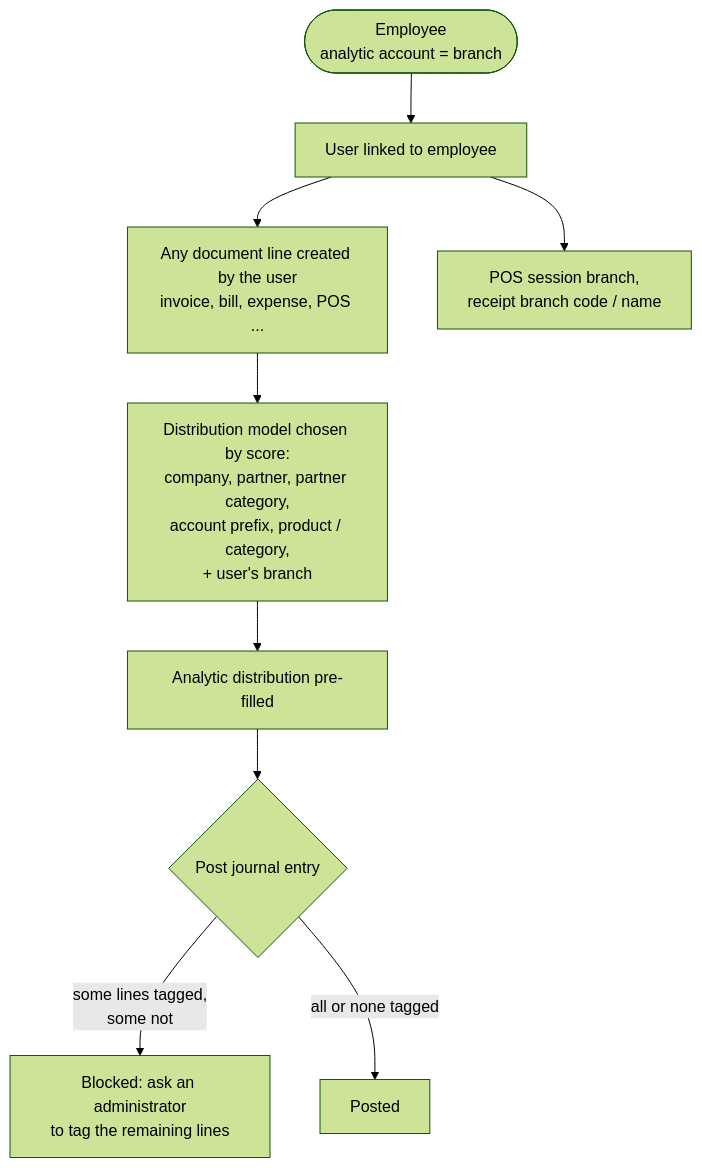
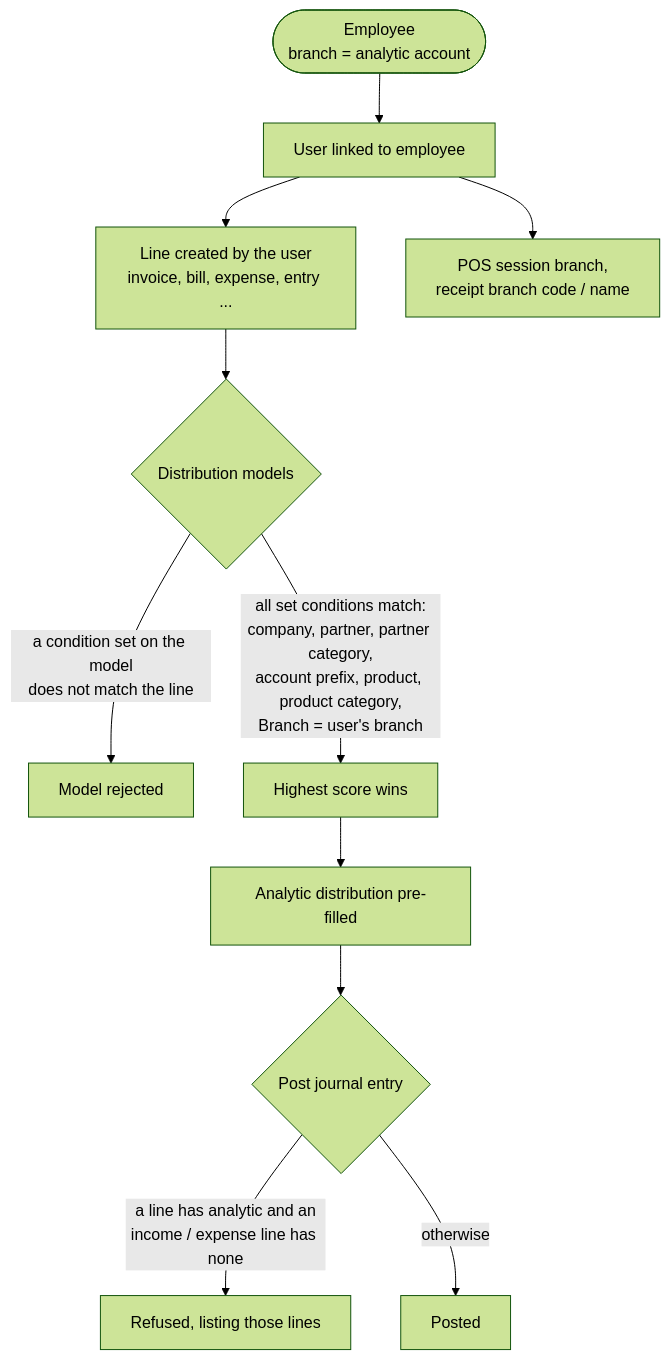
One commit to Saylani-Welfare-Trust/swit-odoo changed the diagram in custom-addons/bn_analytic_account_customization/README.md. Above: the diagram before and after it, drawn with Mermaid (forest theme). The commit also changed other lines of this file and 12 other files, not shown here.

````diff
--- a/custom-addons/bn_analytic_account_customization/README.md
+++ b/custom-addons/bn_analytic_account_customization/README.md
@@ -23,11 +24,13 @@
 ```mermaid
 flowchart TD
-    E([Employee<br/>analytic account = branch]) --> U[User linked to employee]
-    U --> L[Any document line created by the user<br/>invoice, bill, expense, POS ...]
-    L --> M[Distribution model chosen by score:<br/>company, partner, partner category,<br/>account prefix, product / category,<br/>+ user's branch]
-    M --> D[Analytic distribution pre-filled]
+    E([Employee<br/>branch = analytic account]) --> U[User linked to employee]
+    U --> L[Line created by the user<br/>invoice, bill, expense, entry ...]
+    L --> M{Distribution models}
+    M -->|a condition set on the model<br/>does not match the line| R[Model rejected]
+    M -->|all set conditions match:<br/>company, partner, partner category,<br/>account prefix, product, product category,<br/>Branch = user's branch| S[Highest score wins]
+    S --> D[Analytic distribution pre-filled]
     D --> P{Post journal entry}
-    P -->|some lines tagged,<br/>some not| X[Blocked: ask an administrator<br/>to tag the remaining lines]
-    P -->|all or none tagged| OK[Posted]
-    U --> S[POS session branch,<br/>receipt branch code / name]
+    P -->|a line has analytic and an<br/>income / expense line has none| X[Refused, listing those lines]
+    P -->|otherwise| OK[Posted]
+    U --> PS[POS session branch,<br/>receipt branch code / name]
 ```
````
